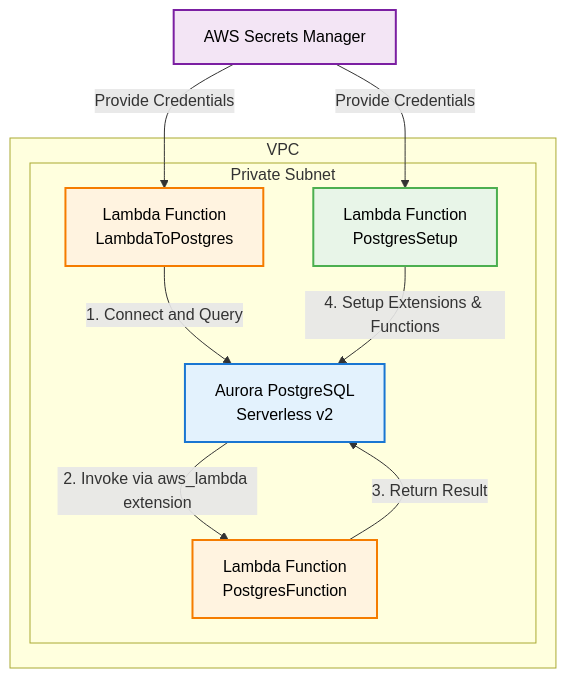
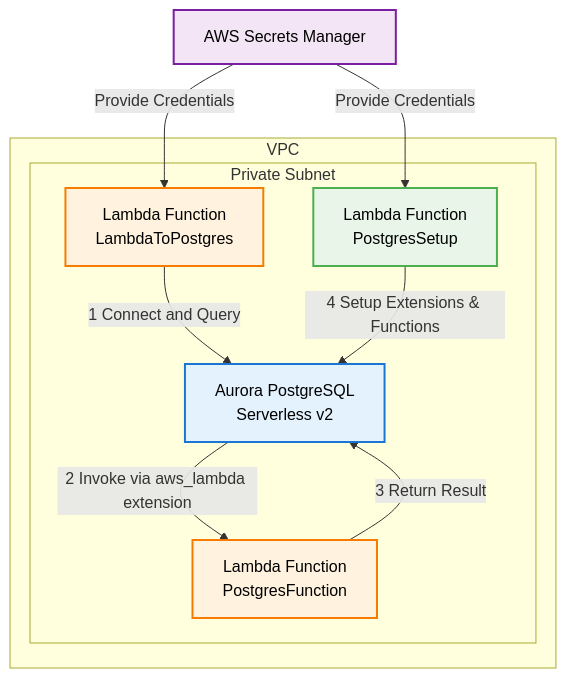
Before and after one commit to aws-samples/aws-cdk-examples: the diagram in typescript/postgres-lambda/README.md, drawn with Mermaid. The commit also changed other lines of this file, not shown here.

Commit message:
fix(postgres-lambda): readme (#1197)

````diff
--- a/typescript/postgres-lambda/README.md
+++ b/typescript/postgres-lambda/README.md
@@ -16,25 +16,25 @@
 ```mermaid
 graph TD
     subgraph VPC
         subgraph "Private Subnet"
             DB[Aurora PostgreSQL\nServerless v2]
             L1[Lambda Function\nLambdaToPostgres]
             L2[Lambda Function\nPostgresFunction]
             L3[Lambda Function\nPostgresSetup]
         end
     end
-    
-    L1 -->|"1. Connect and Query"| DB
-    DB -->|"2. Invoke via aws_lambda extension"| L2
-    L2 -->|"3. Return Result"| DB
-    L3 -->|"4. Setup Extensions & Functions"| DB
-    
+
+    L1 -->|"1 Connect and Query"| DB
+    DB -->|"2 Invoke via aws_lambda extension"| L2
+    L2 -->|"3 Return Result"| DB
+    L3 -->|"4 Setup Extensions & Functions"| DB
+
     SM[AWS Secrets Manager] -->|Provide Credentials| L1
     SM -->|Provide Credentials| L3
-    
+
     style DB fill:#E3F2FD,stroke:#1976D2,stroke-width:2px,color:#000
     style L1 fill:#FFF3E0,stroke:#F57C00,stroke-width:2px,color:#000
     style L2 fill:#FFF3E0,stroke:#F57C00,stroke-width:2px,color:#000
     style L3 fill:#E8F5E8,stroke:#4CAF50,stroke-width:2px,color:#000
     style SM fill:#F3E5F5,stroke:#7B1FA2,stroke-width:2px,color:#000
 ```
````
